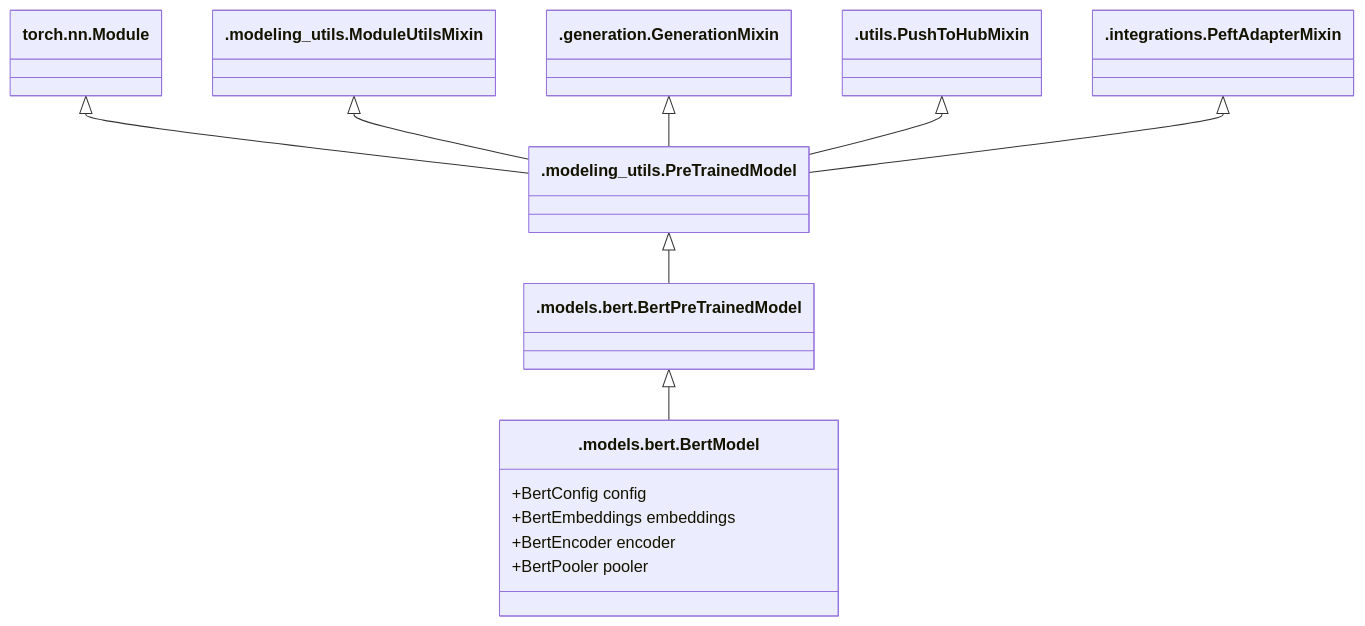
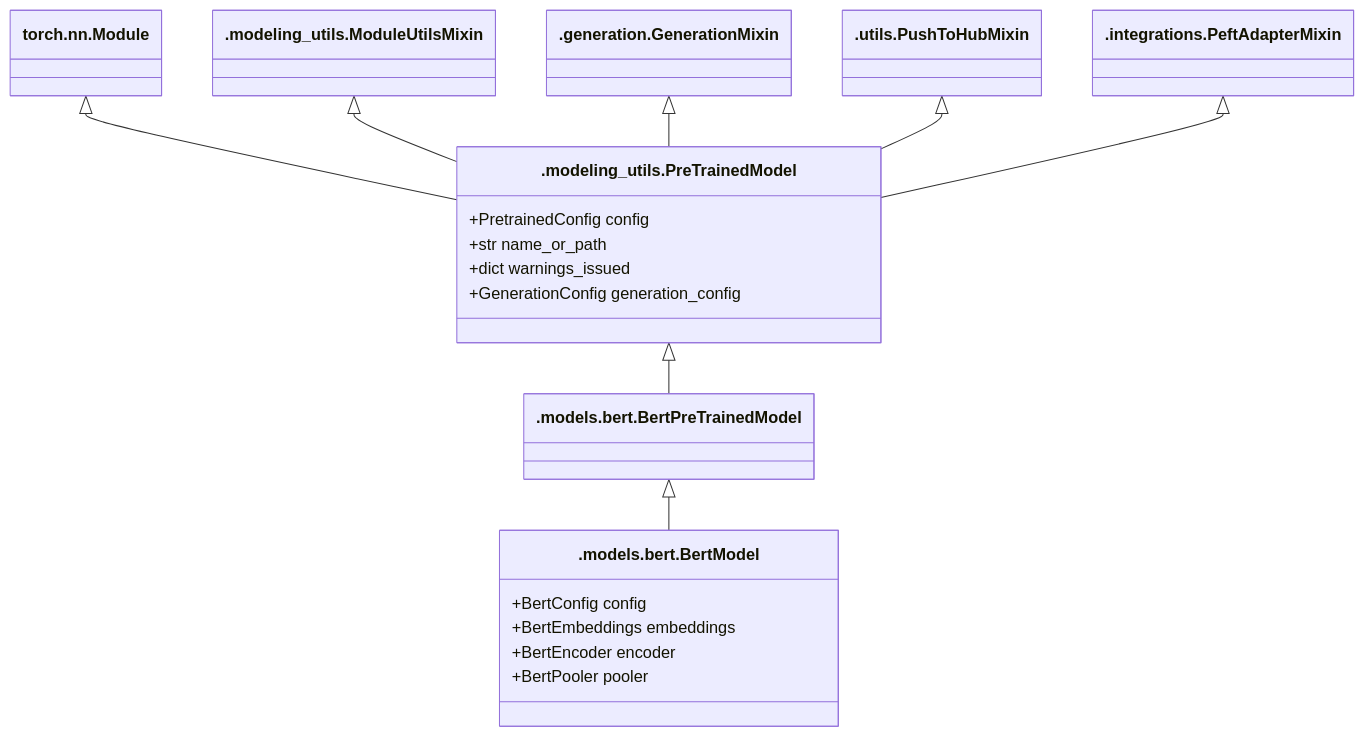
The first of 11 diagrams in BERT.md (coba-yu/transformers-from-pytorch), drawn with Mermaid before and after one commit.

Commit message:
Update BERT.md
PreTrainedModel

````diff
--- a/BERT.md
+++ b/BERT.md
@@ -3,24 +3,29 @@
 ```mermaid
 classDiagram
   class Module["torch.nn.Module"]
   class ModuleUtilsMixin[".modeling_utils.ModuleUtilsMixin"]
   class GenerationMixin[".generation.GenerationMixin"]
   class PushToHubMixin[".utils.PushToHubMixin"]
   class PeftAdapterMixin[".integrations.PeftAdapterMixin"]
-  class PreTrainedModel[".modeling_utils.PreTrainedModel"]
+  class PreTrainedModel[".modeling_utils.PreTrainedModel"] {
+    +PretrainedConfig config
+    +str name_or_path
+    +dict warnings_issued
+    +GenerationConfig generation_config
+  }
   class BertPreTrainedModel[".models.bert.BertPreTrainedModel"]
   class BertModel[".models.bert.BertModel"] {
     +BertConfig config
     +BertEmbeddings embeddings
     +BertEncoder encoder
     +BertPooler pooler
   }
 
   Module <|-- PreTrainedModel
   ModuleUtilsMixin <|-- PreTrainedModel
   GenerationMixin <|-- PreTrainedModel
   PushToHubMixin <|-- PreTrainedModel
   PeftAdapterMixin <|-- PreTrainedModel
   PreTrainedModel <|-- BertPreTrainedModel
   BertPreTrainedModel <|-- BertModel
 ```
````
